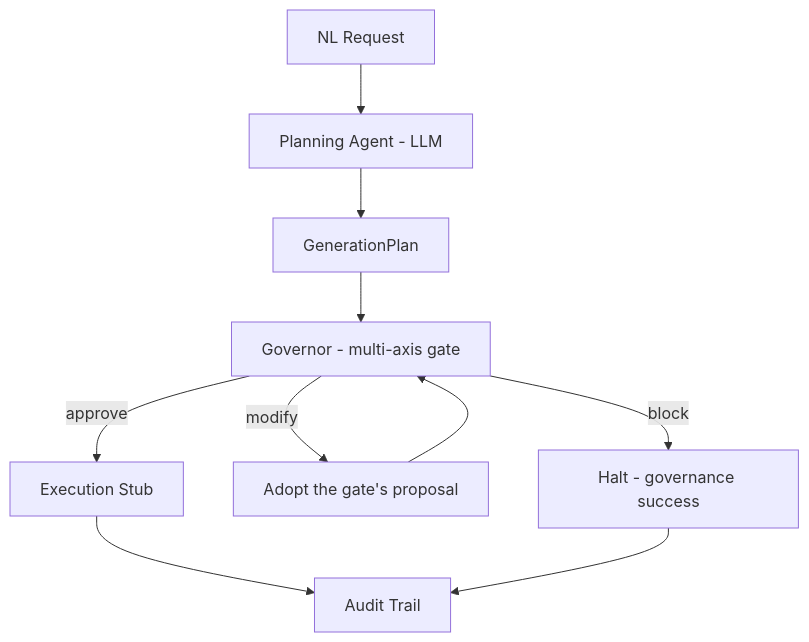
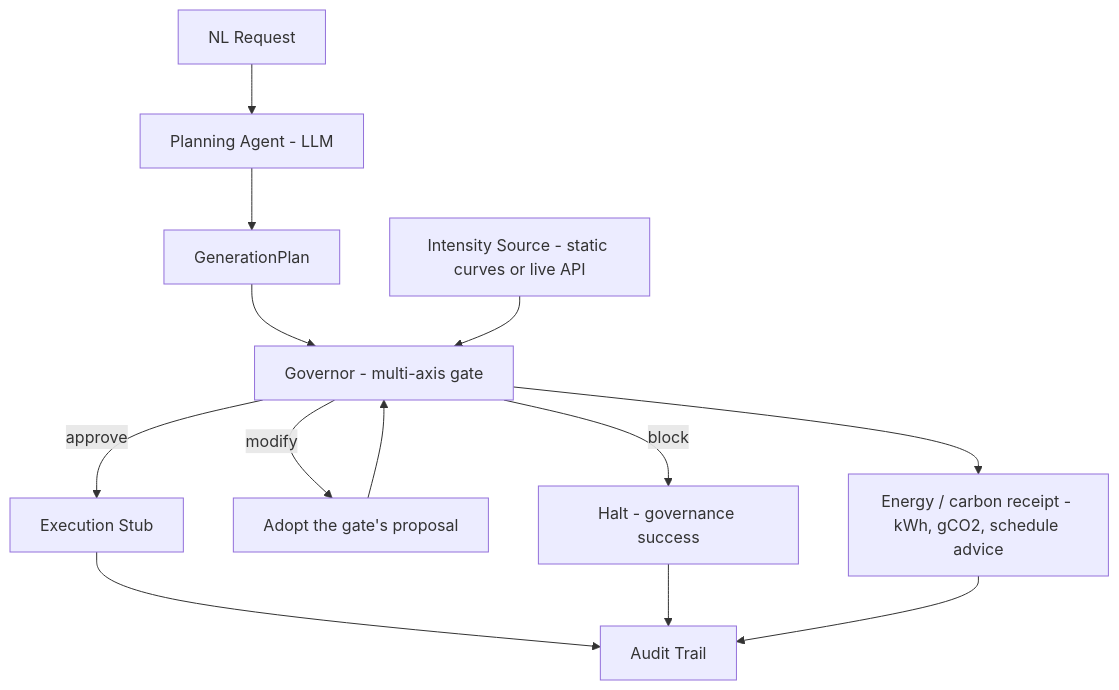
Before and after one commit to hamzaaaljundi/finops-governor: the diagram in README.md, drawn with Mermaid. The commit also changed other lines of this file, not shown here.

Commit message:
doc: readme revised included the energy aware

````diff
--- a/README.md
+++ b/README.md
@@ -133,12 +153,15 @@
 ```mermaid
 flowchart TD
     A[NL Request] --> B[Planning Agent - LLM]
     B --> C[GenerationPlan]
     C --> E[Governor - multi-axis gate]
     E -->|approve| G[Execution Stub]
     E -->|modify| M[Adopt the gate's proposal]
     M --> E
     E -->|block| H[Halt - governance success]
     G --> I[Audit Trail]
     H --> I
+    S[Intensity Source - static curves or live API] --> E
+    E --> K[Energy / carbon receipt - kWh, gCO2, schedule advice]
+    K --> I
 ```
````
